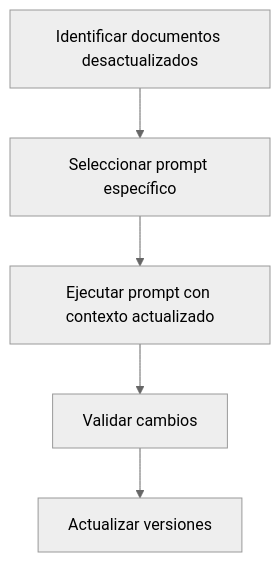
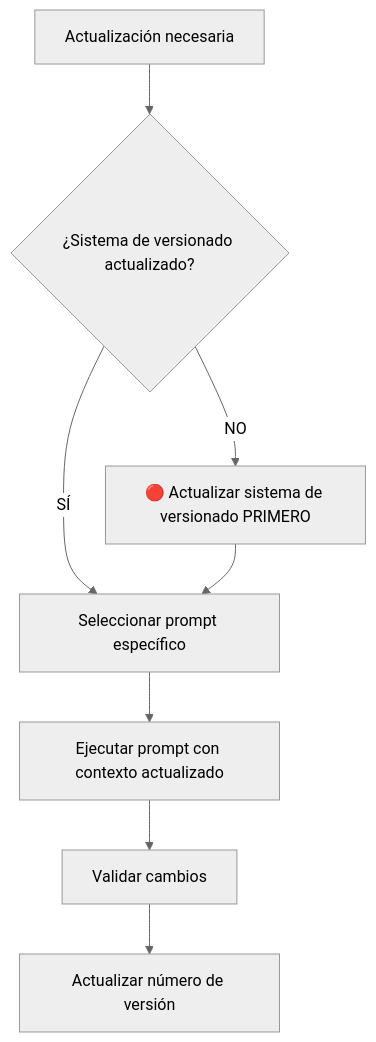
The third of 3 diagrams in documentacion/agente/README.md (TrainHeartX/ProyectoHUV9GESTOR_ONCOLOGIA), drawn with Mermaid (neutral theme) before and after one commit. The commit also changed other lines of this file and 24 other files, not shown here.

````diff
--- a/documentacion/agente/README.md
+++ b/documentacion/agente/README.md
@@ -118,7 +181,10 @@
 ```mermaid
 graph TD
-    A[Identificar documentos desactualizados] --> B[Seleccionar prompt específico]
-    B --> C[Ejecutar prompt con contexto actualizado]
-    C --> D[Validar cambios]
-    D --> E[Actualizar versiones]
+    A[Actualización necesaria] --> B{¿Sistema de versionado actualizado?}
+    B -->|NO| C[🔴 Actualizar sistema de versionado PRIMERO]
+    B -->|SÍ| D[Seleccionar prompt específico]
+    C --> D
+    D --> E[Ejecutar prompt con contexto actualizado]
+    E --> F[Validar cambios]
+    F --> G[Actualizar número de versión]
 ```
````
